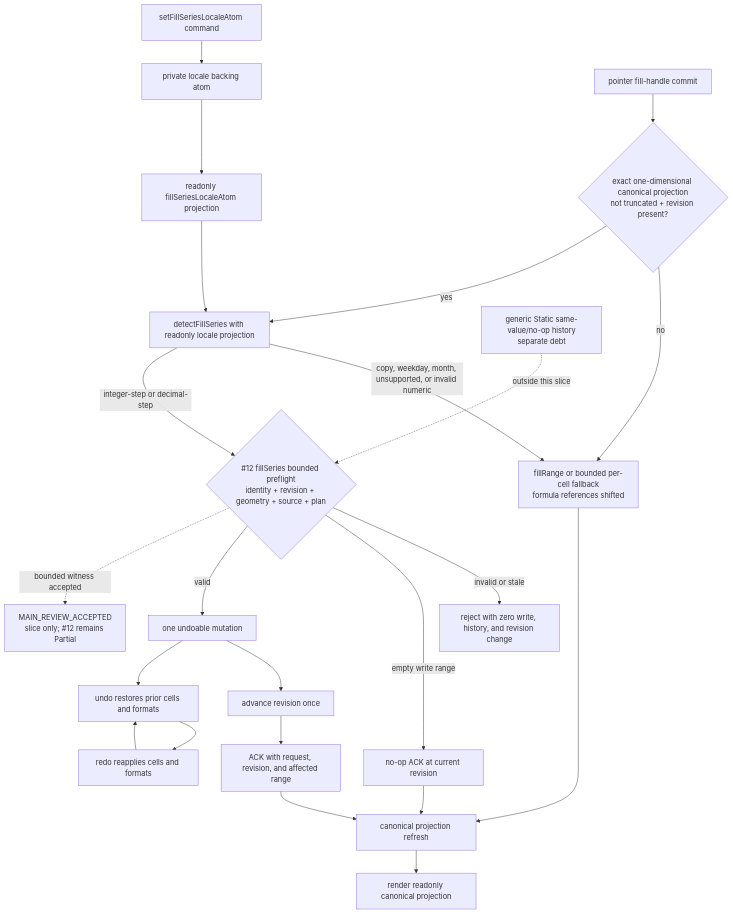
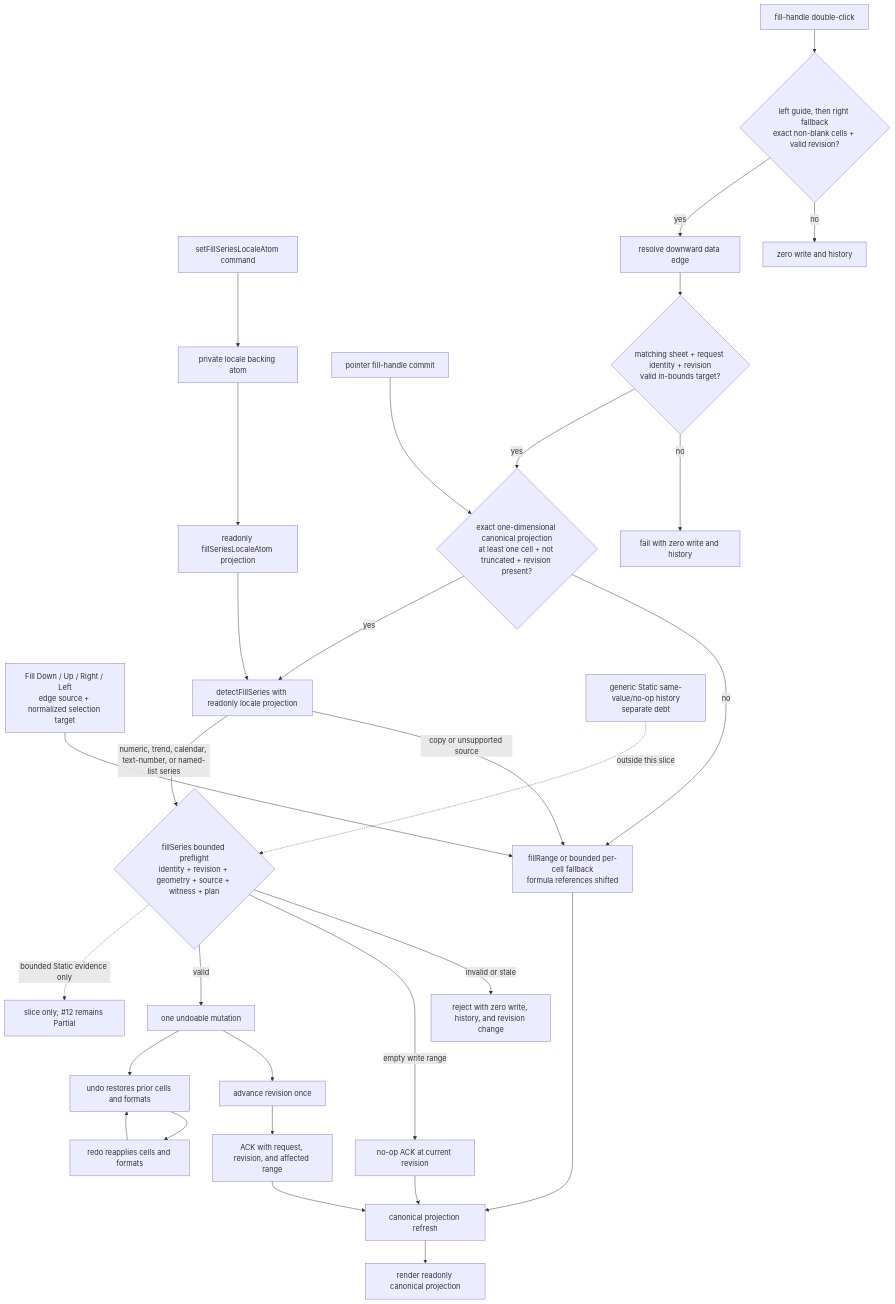
The diagram in vanilla/spreadsheet-ui-core/src/auto-fill/README.md (allroad88888888/einfach), drawn with Mermaid before and after one commit. The commit also changed other lines of this file and 41 other files, not shown here.

````diff
--- a/vanilla/spreadsheet-ui-core/src/auto-fill/README.md
+++ b/vanilla/spreadsheet-ui-core/src/auto-fill/README.md
@@ -41,26 +73,33 @@
 ```mermaid
 flowchart TD
   LocaleCommand["setFillSeriesLocaleAtom command"] --> LocaleBacking["private locale backing atom"]
   LocaleBacking --> LocaleProjection["readonly fillSeriesLocaleAtom projection"]
 
-  PointerCommit["pointer fill-handle commit"] --> ProjectionGate{"exact one-dimensional canonical projection<br/>not truncated + revision present?"}
+  PointerCommit["pointer fill-handle commit"] --> ProjectionGate{"exact one-dimensional canonical projection<br/>at least one cell + not truncated + revision present?"}
+  DoubleClick["fill-handle double-click"] --> GuideGate{"left guide, then right fallback<br/>exact non-blank cells + valid revision?"}
+  GuideGate -- no --> DoubleClickNoop["zero write and history"]
+  GuideGate -- yes --> DataEdge["resolve downward data edge"]
+  DataEdge --> DataEdgeAck{"matching sheet + request identity + revision<br/>valid in-bounds target?"}
+  DataEdgeAck -- no --> DataEdgeFailure["fail with zero write and history"]
+  DataEdgeAck -- yes --> ProjectionGate
+  FillCommands["Fill Down / Up / Right / Left<br/>edge source + normalized selection target"] --> CopyFallback
   ProjectionGate -- no --> CopyFallback["fillRange or bounded per-cell fallback<br/>formula references shifted"]
   ProjectionGate -- yes --> Detector["detectFillSeries with readonly locale projection"]
   LocaleProjection --> Detector
-  Detector -- "copy, weekday, month, unsupported, or invalid numeric" --> CopyFallback
-  Detector -- "integer-step or decimal-step" --> StaticPreflight{"#12 fillSeries bounded preflight<br/>identity + revision + geometry + source + plan"}
+  Detector -- "copy or unsupported source" --> CopyFallback
+  Detector -- "numeric, trend, calendar, text-number, or named-list series" --> StaticPreflight{"fillSeries bounded preflight<br/>identity + revision + geometry + source + witness + plan"}
   StaticPreflight -- "invalid or stale" --> ZeroEffect["reject with zero write, history, and revision change"]
   StaticPreflight -- "empty write range" --> NoopAck["no-op ACK at current revision"]
   StaticPreflight -- valid --> Mutation["one undoable mutation"]
   Mutation --> Revision["advance revision once"]
   Revision --> Ack["ACK with request, revision, and affected range"]
   Ack --> Refresh["canonical projection refresh"]
   NoopAck --> Refresh
   CopyFallback --> Refresh
   Refresh --> Ready["render readonly canonical projection"]
   Mutation --> Undo["undo restores prior cells and formats"]
   Undo --> Redo["redo reapplies cells and formats"]
   Redo --> Undo
-  StaticPreflight -. "bounded witness accepted" .-> Accepted["MAIN_REVIEW_ACCEPTED<br/>slice only; #12 remains Partial"]
+  StaticPreflight -. "bounded Static evidence only" .-> Accepted["slice only; #12 remains Partial"]
   GenericDebt["generic Static same-value/no-op history<br/>separate debt"] -. "outside this slice" .-> StaticPreflight
 ```
````
